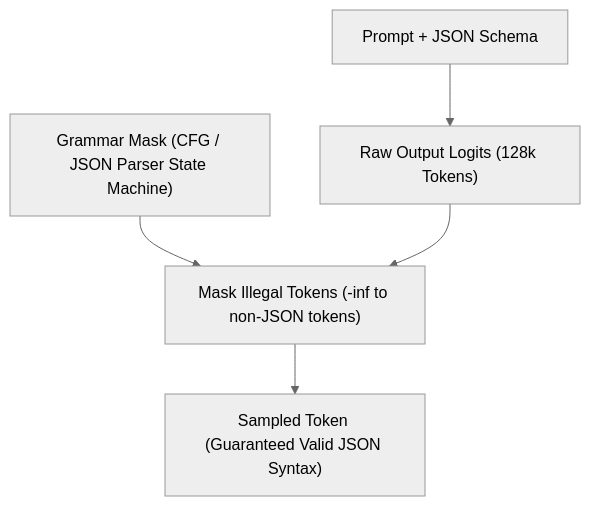
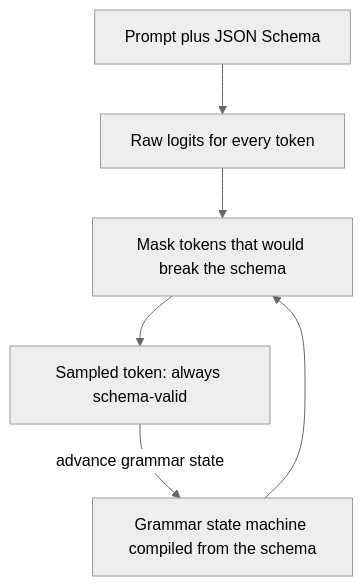
Diagram 18 of 28 in README.md (TheLearningHubOrg/learn-prompt-engineering), drawn with Mermaid (neutral theme) before and after one commit. The commit also changed other lines of this file and 39 other files, not shown here.

````diff
--- a/README.md
+++ b/README.md
@@ -645,7 +1697,8 @@
 ```mermaid
-graph TD
-    PROMPT["Prompt + JSON Schema"] --> LOGITS["Raw Output Logits (128k Tokens)"]
-    CFG["Grammar Mask (CFG / JSON Parser State Machine)"] --> MASK["Mask Illegal Tokens (-inf to non-JSON tokens)"]
+flowchart TD
+    PROMPT["Prompt plus JSON Schema"] --> LOGITS["Raw logits for every token"]
+    CFG["Grammar state machine compiled from the schema"] --> MASK["Mask tokens that would break the schema"]
     LOGITS --> MASK
-    MASK --> SAMPLER["Sampled Token (Guaranteed Valid JSON Syntax)"]
+    MASK --> SAMPLER["Sampled token: always schema-valid"]
+    SAMPLER -->|"advance grammar state"| CFG
 ```
````
